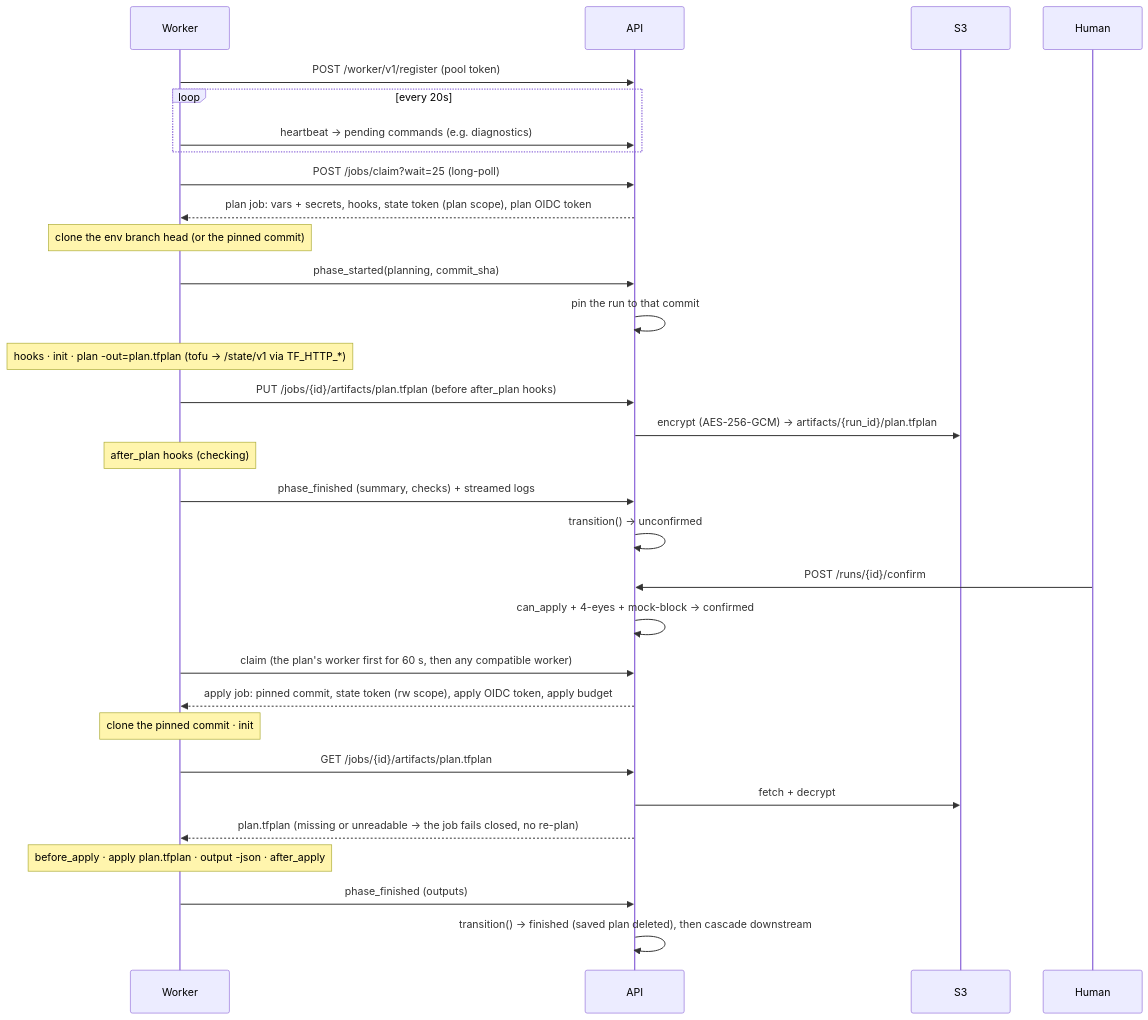
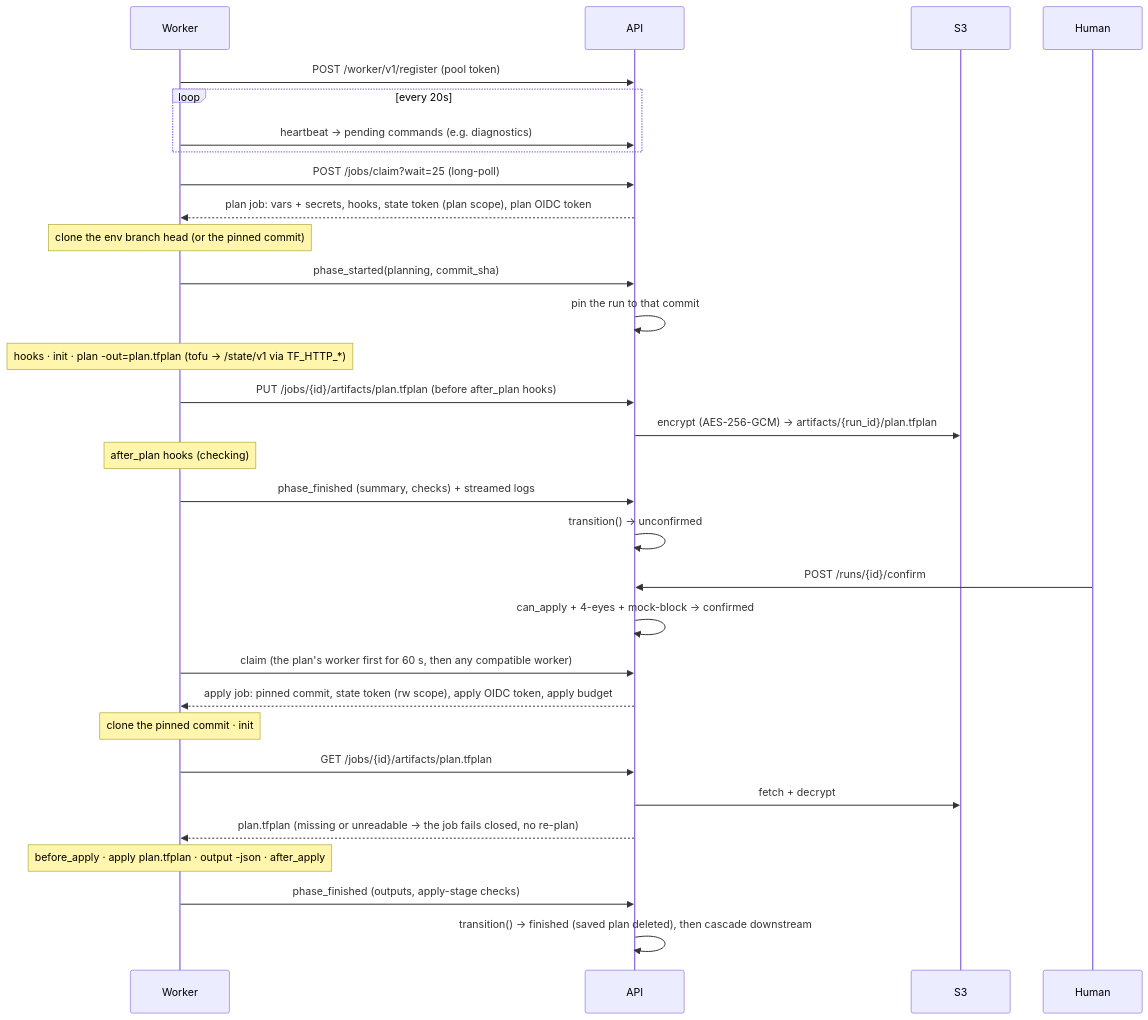
Before and after one commit to fmiquel90/stackd: the third of 6 diagrams in docs/ARCHITECTURE.md, drawn with Mermaid. The commit also changed other lines of this file and 3 other files, not shown here.

````diff
--- a/docs/ARCHITECTURE.md
+++ b/docs/ARCHITECTURE.md
@@ -95,33 +95,33 @@
 ```mermaid
 sequenceDiagram
     participant W as Worker
     participant A as API
     participant S as S3
     participant H as Human
     W->>A: POST /worker/v1/register (pool token)
     loop every 20s
         W->>A: heartbeat → pending commands (e.g. diagnostics)
     end
     W->>A: POST /jobs/claim?wait=25 (long-poll)
     A-->>W: plan job: vars + secrets, hooks, state token (plan scope), plan OIDC token
     Note over W: clone the env branch head (or the pinned commit)
     W->>A: phase_started(planning, commit_sha)
     A->>A: pin the run to that commit
     Note over W: hooks · init · plan -out=plan.tfplan (tofu → /state/v1 via TF_HTTP_*)
     W->>A: PUT /jobs/{id}/artifacts/plan.tfplan (before after_plan hooks)
     A->>S: encrypt (AES-256-GCM) → artifacts/{run_id}/plan.tfplan
     Note over W: after_plan hooks (checking)
     W->>A: phase_finished (summary, checks) + streamed logs
     A->>A: transition() → unconfirmed
     H->>A: POST /runs/{id}/confirm
     A->>A: can_apply + 4-eyes + mock-block → confirmed
     W->>A: claim (the plan's worker first for 60 s, then any compatible worker)
     A-->>W: apply job: pinned commit, state token (rw scope), apply OIDC token, apply budget
     Note over W: clone the pinned commit · init
     W->>A: GET /jobs/{id}/artifacts/plan.tfplan
     A->>S: fetch + decrypt
     A-->>W: plan.tfplan (missing or unreadable → the job fails closed, no re-plan)
     Note over W: before_apply · apply plan.tfplan · output -json · after_apply
-    W->>A: phase_finished (outputs)
+    W->>A: phase_finished (outputs, apply-stage checks)
     A->>A: transition() → finished (saved plan deleted), then cascade downstream
 ```
````
